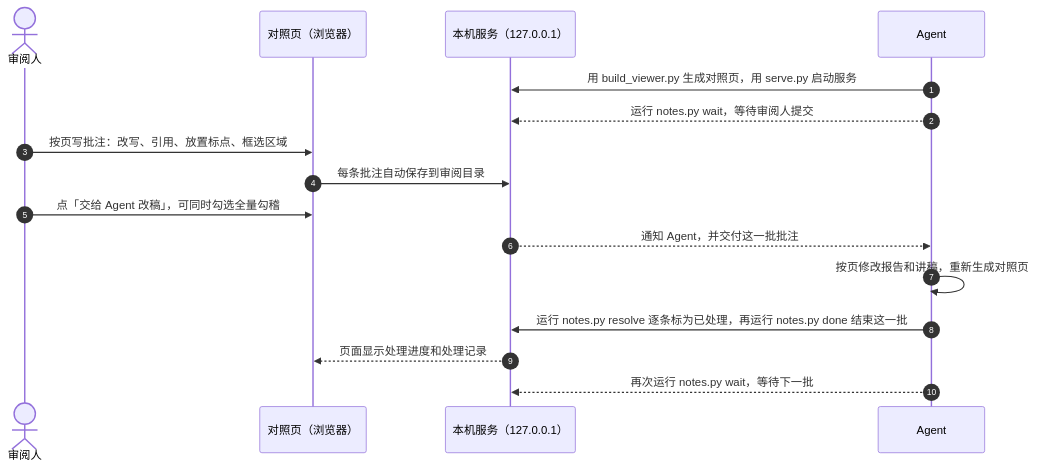
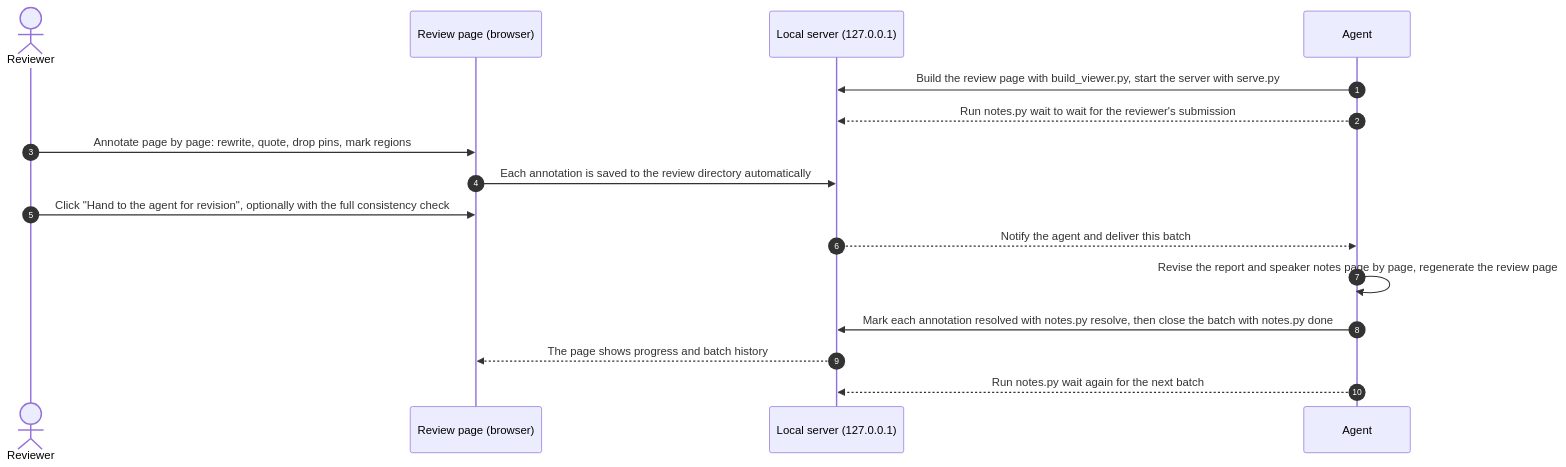
Before and after one commit to hezhongtang/annotation-everything: the second of 4 diagrams in README.md, drawn with Mermaid. The commit also changed other lines of this file and 12 other files, not shown here.

````diff
--- a/README.md
+++ b/README.md
@@ -343,19 +343,19 @@
 ```mermaid
 sequenceDiagram
     autonumber
-    actor U as 审阅人
-    participant P as 对照页（浏览器）
-    participant S as 本机服务（127.0.0.1）
+    actor U as Reviewer
+    participant P as Review page (browser)
+    participant S as Local server (127.0.0.1)
     participant A as Agent
 
-    A->>S: 用 build_viewer.py 生成对照页，用 serve.py 启动服务
-    A-->>S: 运行 notes.py wait，等待审阅人提交
-    U->>P: 按页写批注：改写、引用、放置标点、框选区域
-    P->>S: 每条批注自动保存到审阅目录
-    U->>P: 点「交给 Agent 改稿」，可同时勾选全量勾稽
-    S-->>A: 通知 Agent，并交付这一批批注
-    A->>A: 按页修改报告和讲稿，重新生成对照页
-    A->>S: 运行 notes.py resolve 逐条标为已处理，再运行 notes.py done 结束这一批
-    S-->>P: 页面显示处理进度和处理记录
-    A-->>S: 再次运行 notes.py wait，等待下一批
+    A->>S: Build the review page with build_viewer.py, start the server with serve.py
+    A-->>S: Run notes.py wait to wait for the reviewer's submission
+    U->>P: Annotate page by page: rewrite, quote, drop pins, mark regions
+    P->>S: Each annotation is saved to the review directory automatically
+    U->>P: Click "Hand to the agent for revision", optionally with the full consistency check
+    S-->>A: Notify the agent and deliver this batch
+    A->>A: Revise the report and speaker notes page by page, regenerate the review page
+    A->>S: Mark each annotation resolved with notes.py resolve, then close the batch with notes.py done
+    S-->>P: The page shows progress and batch history
+    A-->>S: Run notes.py wait again for the next batch
 ```
````
